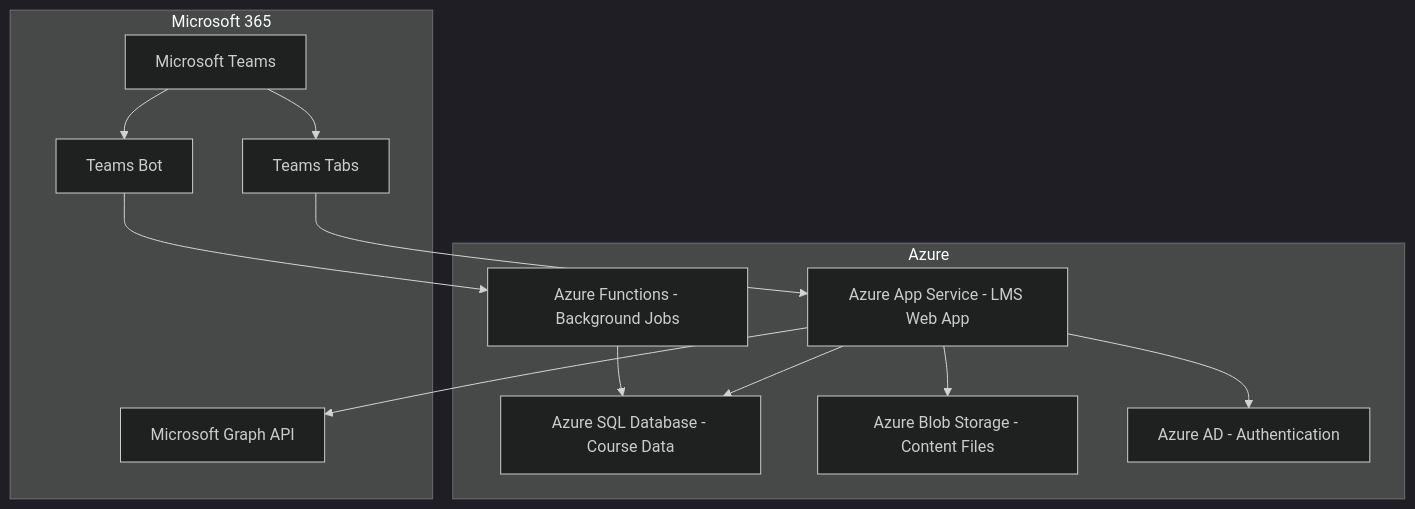
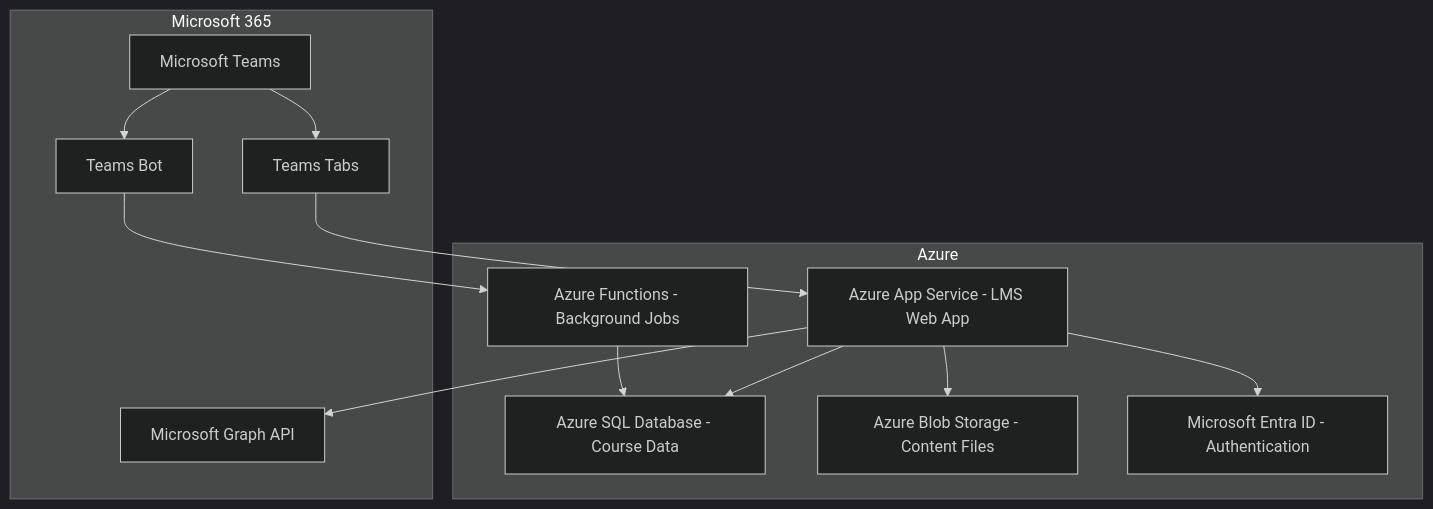
One commit to OneUptime/blog changed the diagram in posts/2026-02-16-how-to-build-a-custom-learning-management-system-with-azure-app-service-and-teams-integration/README.md. Above: the diagram before and after it, drawn with Mermaid (dark theme). The commit also changed other lines of this file and 2 other files, not shown here.

Commit message:
validate: 2026-02-16-how-to-build-a-custom-learning-management-system-with-azure-app-service-and-teams-integration

````diff
--- a/posts/2026-02-16-how-to-build-a-custom-learning-management-system-with-azure-app-service-and-teams-integration/README.md
+++ b/posts/2026-02-16-how-to-build-a-custom-learning-management-system-with-azure-app-service-and-teams-integration/README.md
@@ -17,25 +17,25 @@
 ```mermaid
 graph TB
     subgraph Azure
         A[Azure App Service - LMS Web App]
         B[Azure SQL Database - Course Data]
         C[Azure Blob Storage - Content Files]
-        D[Azure AD - Authentication]
+        D[Microsoft Entra ID - Authentication]
         E[Azure Functions - Background Jobs]
     end
     subgraph Microsoft 365
         F[Microsoft Teams]
         G[Teams Tabs]
         H[Teams Bot]
         I[Microsoft Graph API]
     end
     A --> B
     A --> C
     A --> D
     A --> I
     F --> G
     G --> A
     F --> H
     H --> E
     E --> B
 ```
````
